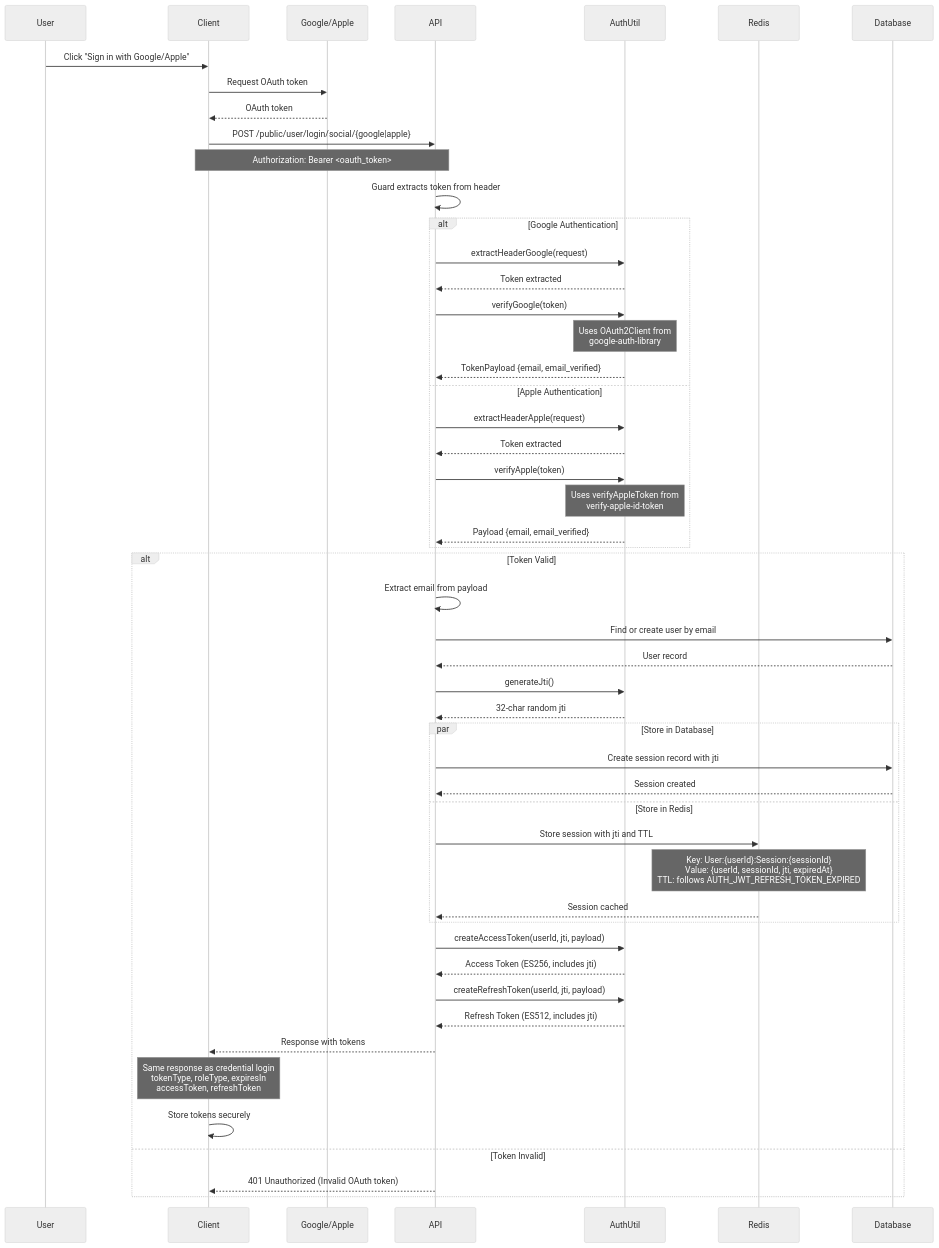
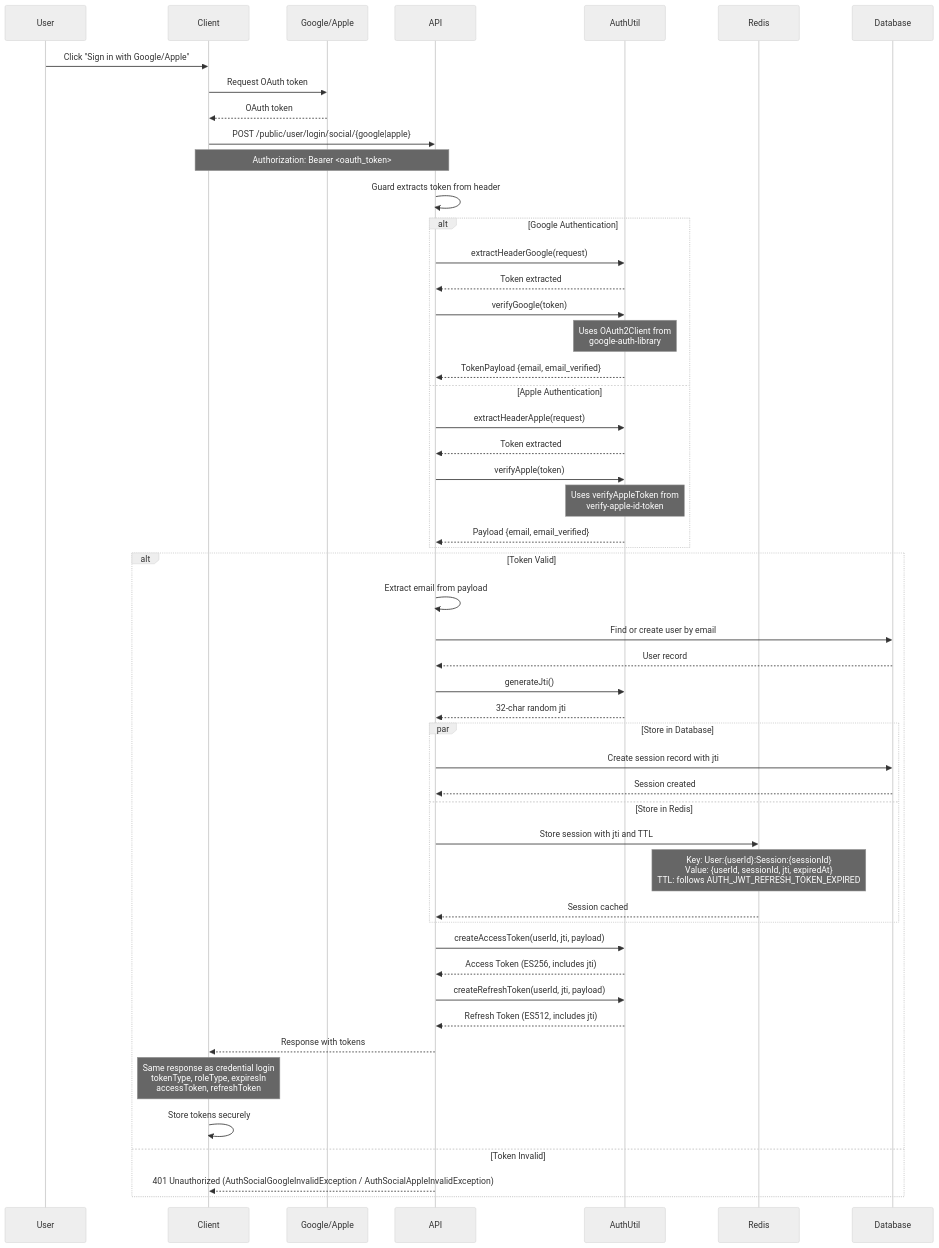
One commit to andrechristikan/ack-nestjs-boilerplate changed the fifth of 9 diagrams in docs/authentication.md. Above: the diagram before and after it, drawn with Mermaid (neutral theme). The commit also changed other lines of this file and 156 other files, not shown here.

````diff
--- a/docs/authentication.md
+++ b/docs/authentication.md
@@ -587,64 +587,64 @@
 ```mermaid
 sequenceDiagram
     participant User
     participant Client
     participant GoogleApple as Google/Apple
     participant API
     participant AuthUtil
     participant Redis
     participant Database
 
     User->>Client: Click "Sign in with Google/Apple"
     Client->>GoogleApple: Request OAuth token
     GoogleApple-->>Client: OAuth token
     
     Client->>API: POST /public/user/login/social/{google|apple}
     Note over Client,API: Authorization: Bearer <oauth_token>
     
     API->>API: Guard extracts token from header
     
     alt Google Authentication
         API->>AuthUtil: extractHeaderGoogle(request)
         AuthUtil-->>API: Token extracted
         API->>AuthUtil: verifyGoogle(token)
         Note over AuthUtil: Uses OAuth2Client from<br/>google-auth-library
         AuthUtil-->>API: TokenPayload {email, email_verified}
     else Apple Authentication
         API->>AuthUtil: extractHeaderApple(request)
         AuthUtil-->>API: Token extracted
         API->>AuthUtil: verifyApple(token)
         Note over AuthUtil: Uses verifyAppleToken from<br/>verify-apple-id-token
         AuthUtil-->>API: Payload {email, email_verified}
     end
     
     alt Token Valid
         API->>API: Extract email from payload
         API->>Database: Find or create user by email
         Database-->>API: User record
         
         API->>AuthUtil: generateJti()
         AuthUtil-->>API: 32-char random jti
         
         par Store in Database
             API->>Database: Create session record with jti
             Database-->>API: Session created
         and Store in Redis
             API->>Redis: Store session with jti and TTL
             Note over Redis: Key: User:{userId}:Session:{sessionId}<br/>Value: {userId, sessionId, jti, expiredAt}<br/>TTL: follows AUTH_JWT_REFRESH_TOKEN_EXPIRED
             Redis-->>API: Session cached
         end
         
         API->>AuthUtil: createAccessToken(userId, jti, payload)
         AuthUtil-->>API: Access Token (ES256, includes jti)
         API->>AuthUtil: createRefreshToken(userId, jti, payload)
         AuthUtil-->>API: Refresh Token (ES512, includes jti)
         
         API-->>Client: Response with tokens
         Note over Client: Same response as credential login<br/>tokenType, roleType, expiresIn<br/>accessToken, refreshToken
         
         Client->>Client: Store tokens securely
         
     else Token Invalid
-        API-->>Client: 401 Unauthorized (Invalid OAuth token)
+        API-->>Client: 401 Unauthorized (AuthSocialGoogleInvalidException / AuthSocialAppleInvalidException)
     end
 ```
````
